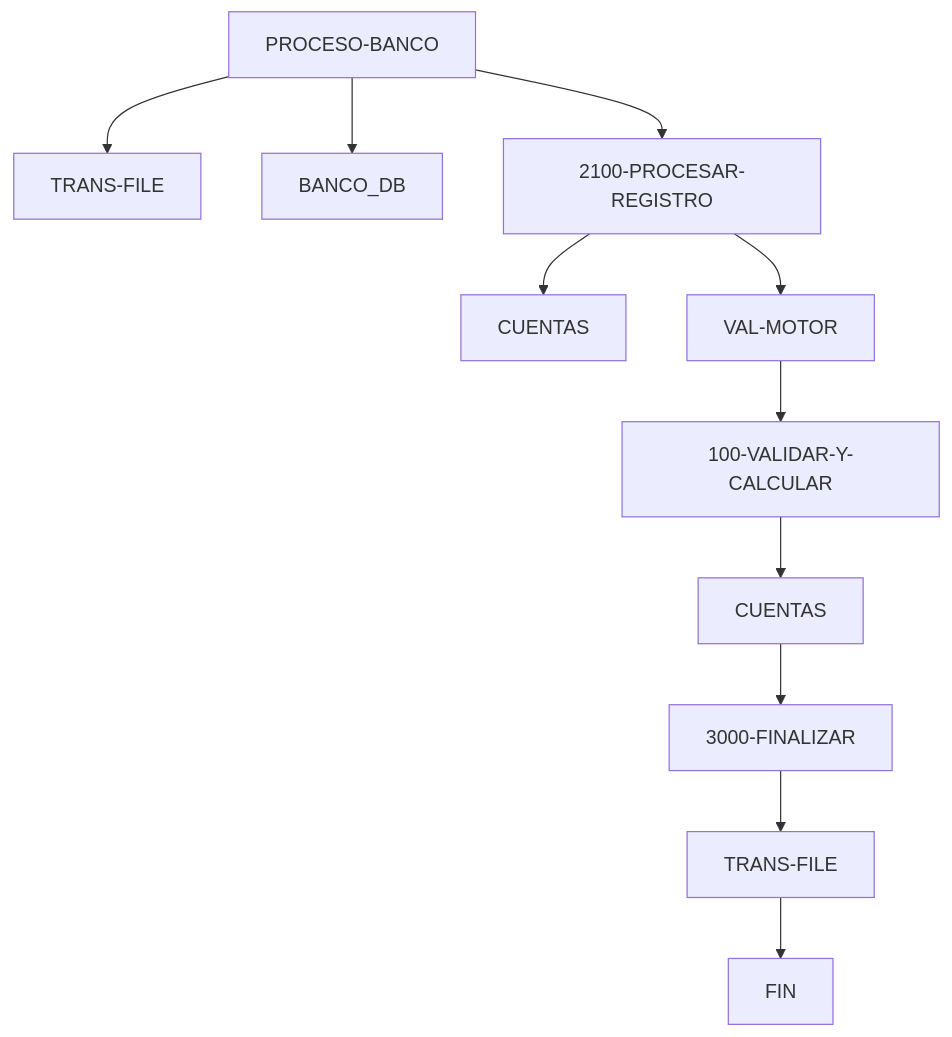
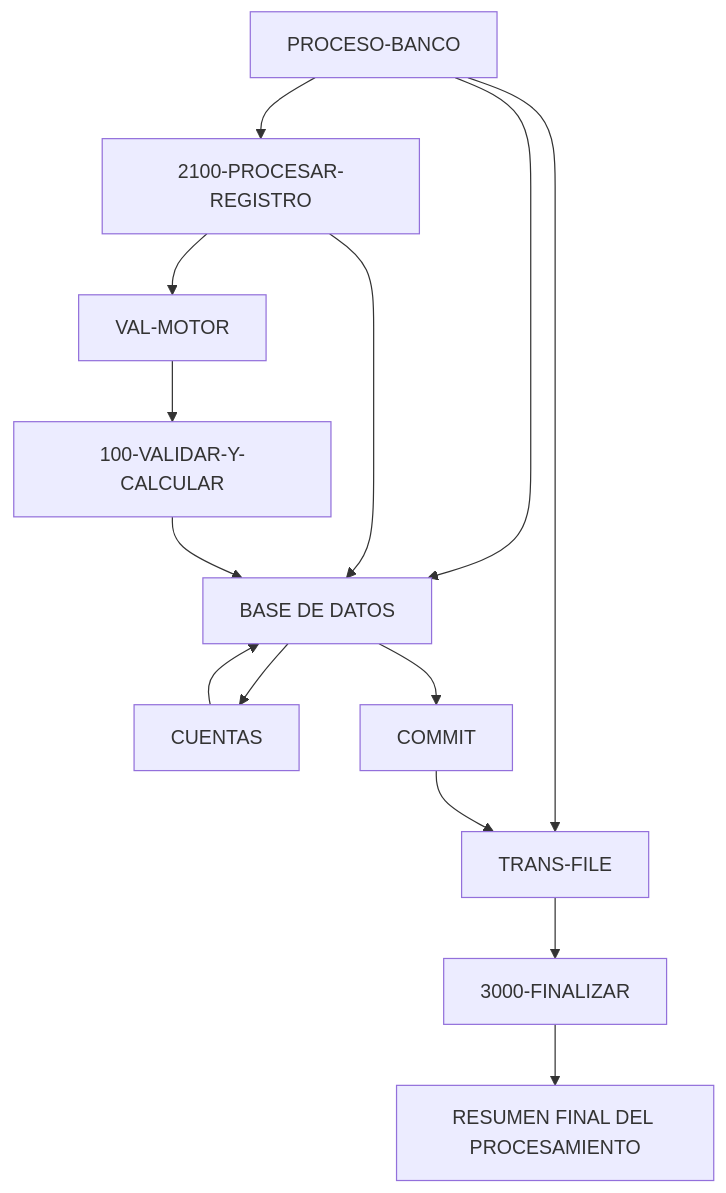
The diagram in sistema_consolidado/README.md (hexaforce66/codigosCobol), drawn with Mermaid before and after one commit. The commit also changed other lines of this file, not shown here.

````diff
--- a/sistema_consolidado/README.md
+++ b/sistema_consolidado/README.md
@@ -67,13 +67,16 @@
 ```mermaid
 graph TD
 A[PROCESO-BANCO] --> B[TRANS-FILE]
-    A --> C[BANCO_DB]
+    A --> C[BASE DE DATOS]
     A --> D[2100-PROCESAR-REGISTRO]
-    D --> E[CUENTAS]
-    D --> F[VAL-MOTOR]
-    F --> G[100-VALIDAR-Y-CALCULAR]
-    G --> H[CUENTAS]
-    H --> I[3000-FINALIZAR]
-    I --> J[TRANS-FILE]
-    J --> K[FIN]
+    D --> C
+    D --> E[VAL-MOTOR]
+    E --> F[100-VALIDAR-Y-CALCULAR]
+    F --> C
+    C --> G[CUENTAS]
+    G --> C
+    C --> H[COMMIT]
+    H --> B
+    B --> I[3000-FINALIZAR]
+    I --> J[RESUMEN FINAL DEL PROCESAMIENTO]
 ```
````
